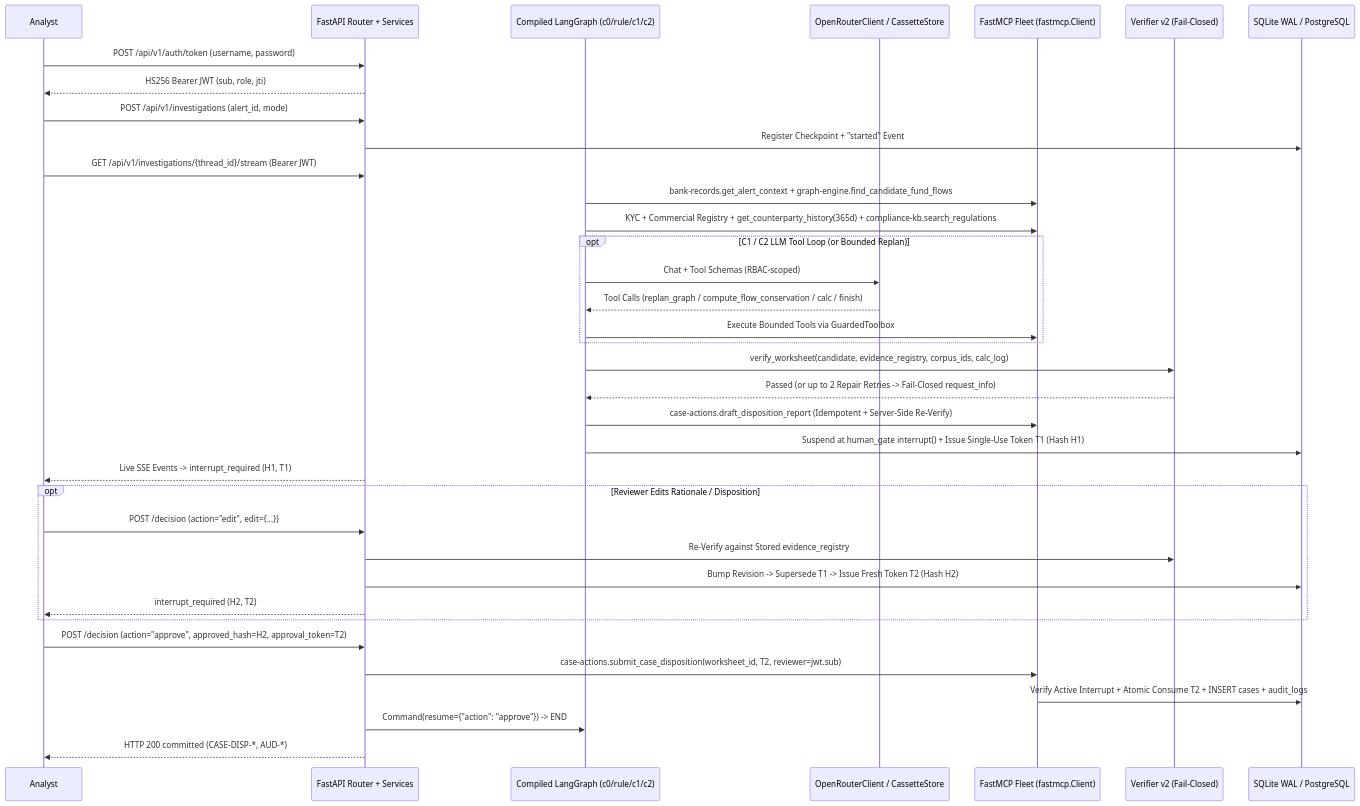
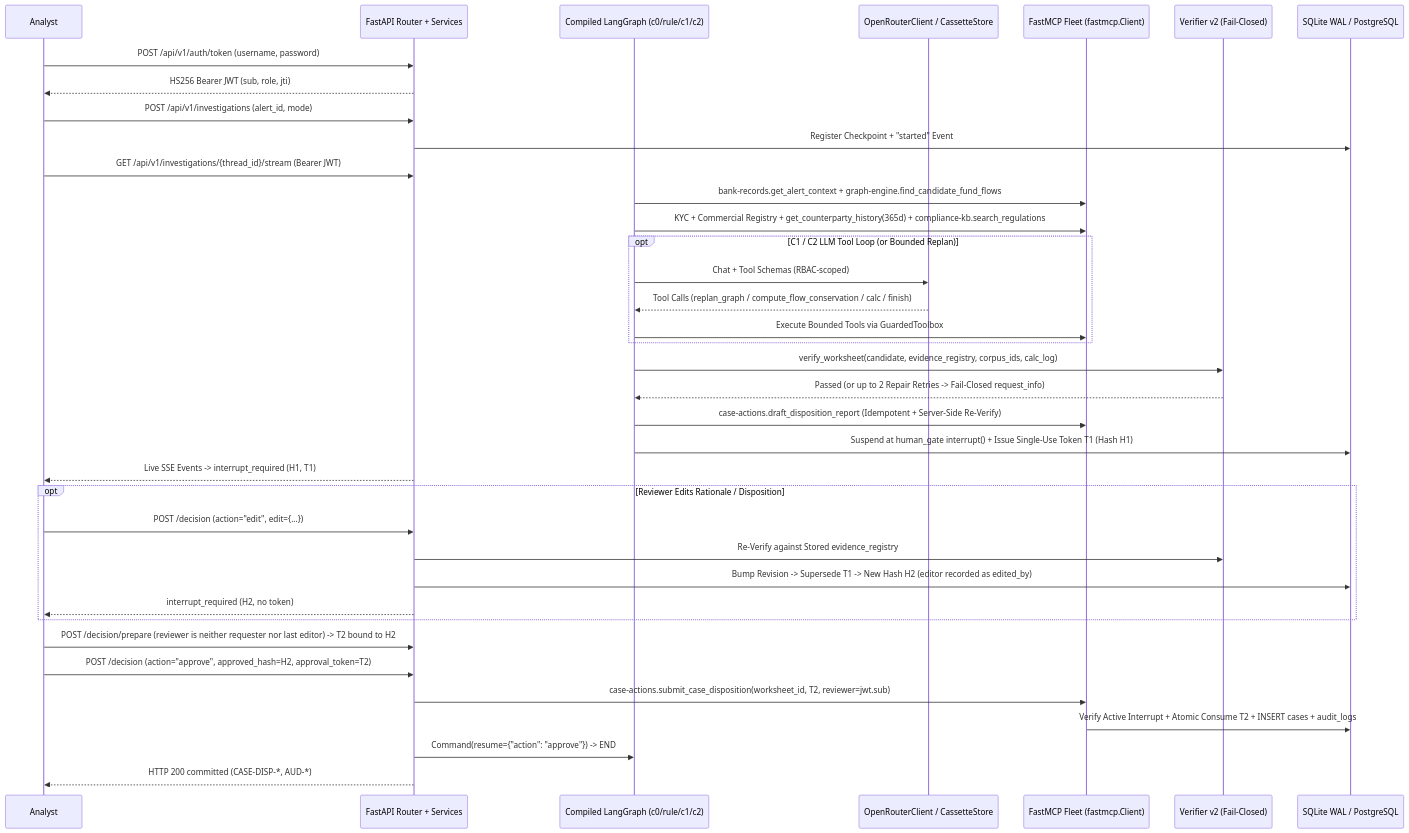
Before and after one commit to Proprasad/AuditGuard: the second of 3 diagrams in docs/architecture.md, drawn with Mermaid. The commit also changed other lines of this file and 65 other files, not shown here.

````diff
--- a/docs/architecture.md
+++ b/docs/architecture.md
@@ -79,39 +79,40 @@
 ```mermaid
 sequenceDiagram
     participant Analyst
     participant API as FastAPI Router + Services
     participant Graph as Compiled LangGraph (c0/rule/c1/c2)
     participant LLM as OpenRouterClient / CassetteStore
     participant MCP as FastMCP Fleet (fastmcp.Client)
     participant Ver as Verifier v2 (Fail-Closed)
     participant DB as SQLite WAL / PostgreSQL
 
     Analyst->>API: POST /api/v1/auth/token (username, password)
     API-->>Analyst: HS256 Bearer JWT (sub, role, jti)
     Analyst->>API: POST /api/v1/investigations (alert_id, mode)
     API->>DB: Register Checkpoint + "started" Event
     Analyst->>API: GET /api/v1/investigations/{thread_id}/stream (Bearer JWT)
     Graph->>MCP: bank-records.get_alert_context + graph-engine.find_candidate_fund_flows
     Graph->>MCP: KYC + Commercial Registry + get_counterparty_history(365d) + compliance-kb.search_regulations
     opt C1 / C2 LLM Tool Loop (or Bounded Replan)
         Graph->>LLM: Chat + Tool Schemas (RBAC-scoped)
         LLM-->>Graph: Tool Calls (replan_graph / compute_flow_conservation / calc / finish)
         Graph->>MCP: Execute Bounded Tools via GuardedToolbox
     end
     Graph->>Ver: verify_worksheet(candidate, evidence_registry, corpus_ids, calc_log)
     Ver-->>Graph: Passed (or up to 2 Repair Retries -> Fail-Closed request_info)
     Graph->>MCP: case-actions.draft_disposition_report (Idempotent + Server-Side Re-Verify)
     Graph->>DB: Suspend at human_gate interrupt() + Issue Single-Use Token T1 (Hash H1)
     API-->>Analyst: Live SSE Events -> interrupt_required (H1, T1)
     opt Reviewer Edits Rationale / Disposition
         Analyst->>API: POST /decision (action="edit", edit={...})
         API->>Ver: Re-Verify against Stored evidence_registry
-        API->>DB: Bump Revision -> Supersede T1 -> Issue Fresh Token T2 (Hash H2)
-        API-->>Analyst: interrupt_required (H2, T2)
+        API->>DB: Bump Revision -> Supersede T1 -> New Hash H2 (editor recorded as edited_by)
+        API-->>Analyst: interrupt_required (H2, no token)
     end
+    Analyst->>API: POST /decision/prepare (reviewer is neither requester nor last editor) -> T2 bound to H2
     Analyst->>API: POST /decision (action="approve", approved_hash=H2, approval_token=T2)
     API->>MCP: case-actions.submit_case_disposition(worksheet_id, T2, reviewer=jwt.sub)
     MCP->>DB: Verify Active Interrupt + Atomic Consume T2 + INSERT cases + audit_logs
     API->>Graph: Command(resume={"action": "approve"}) -> END
     API-->>Analyst: HTTP 200 committed (CASE-DISP-*, AUD-*)
 ```
````
